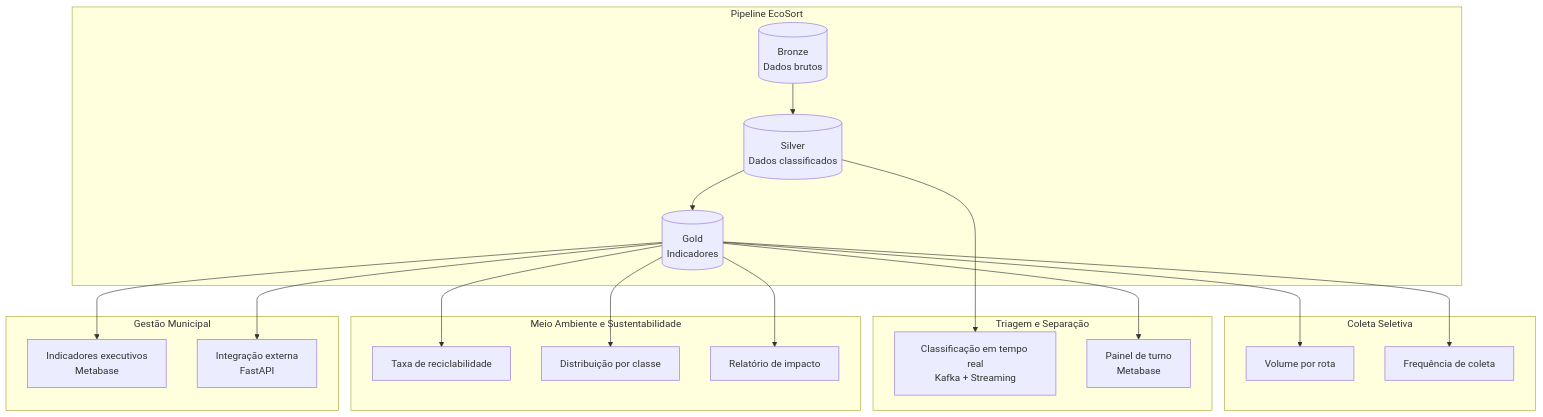
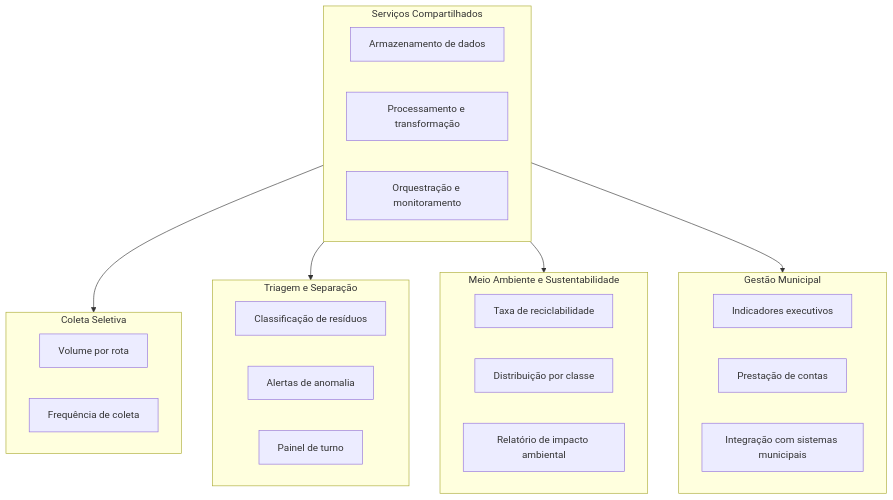
Before and after one commit to leonardoamaral90/uniceub_ecosort_eng216: the diagram in docs/03-dominios.md, drawn with Mermaid. The commit also changed other lines of this file, not shown here.

````diff
--- a/docs/03-dominios.md
+++ b/docs/03-dominios.md
@@ -103,40 +103,36 @@
 ```mermaid
 graph TD
-    subgraph Coleta Seletiva
+    subgraph CS[Coleta Seletiva]
         CS1[Volume por rota]
         CS2[Frequência de coleta]
     end
 
-    subgraph Triagem e Separação
-        TS1[Classificação em tempo real\nKafka + Streaming]
-        TS2[Painel de turno\nMetabase]
+    subgraph TS[Triagem e Separação]
+        TS1[Classificação de resíduos]
+        TS2[Alertas de anomalia]
+        TS3[Painel de turno]
     end
 
-    subgraph Meio Ambiente e Sustentabilidade
+    subgraph MA[Meio Ambiente e Sustentabilidade]
         MA1[Taxa de reciclabilidade]
         MA2[Distribuição por classe]
-        MA3[Relatório de impacto]
+        MA3[Relatório de impacto ambiental]
     end
 
-    subgraph Gestão Municipal
-        GM1[Indicadores executivos\nMetabase]
-        GM2[Integração externa\nFastAPI]
+    subgraph GM[Gestão Municipal]
+        GM1[Indicadores executivos]
+        GM2[Prestação de contas]
+        GM3[Integração com sistemas municipais]
     end
 
-    subgraph Pipeline EcoSort
-        P1[(Bronze\nDados brutos)]
-        P2[(Silver\nDados classificados)]
-        P3[(Gold\nIndicadores)]
+    subgraph SC[Serviços Compartilhados]
+        SC1[Armazenamento de dados]
+        SC2[Processamento e transformação]
+        SC3[Orquestração e monitoramento]
     end
 
-    P1 --> P2 --> P3
-    P3 --> CS1
-    P3 --> CS2
-    P2 --> TS1
-    P3 --> TS2
-    P3 --> MA1
-    P3 --> MA2
-    P3 --> MA3
-    P3 --> GM1
-    P3 --> GM2
+    SC --> CS
+    SC --> TS
+    SC --> MA
+    SC --> GM
 ```
````
